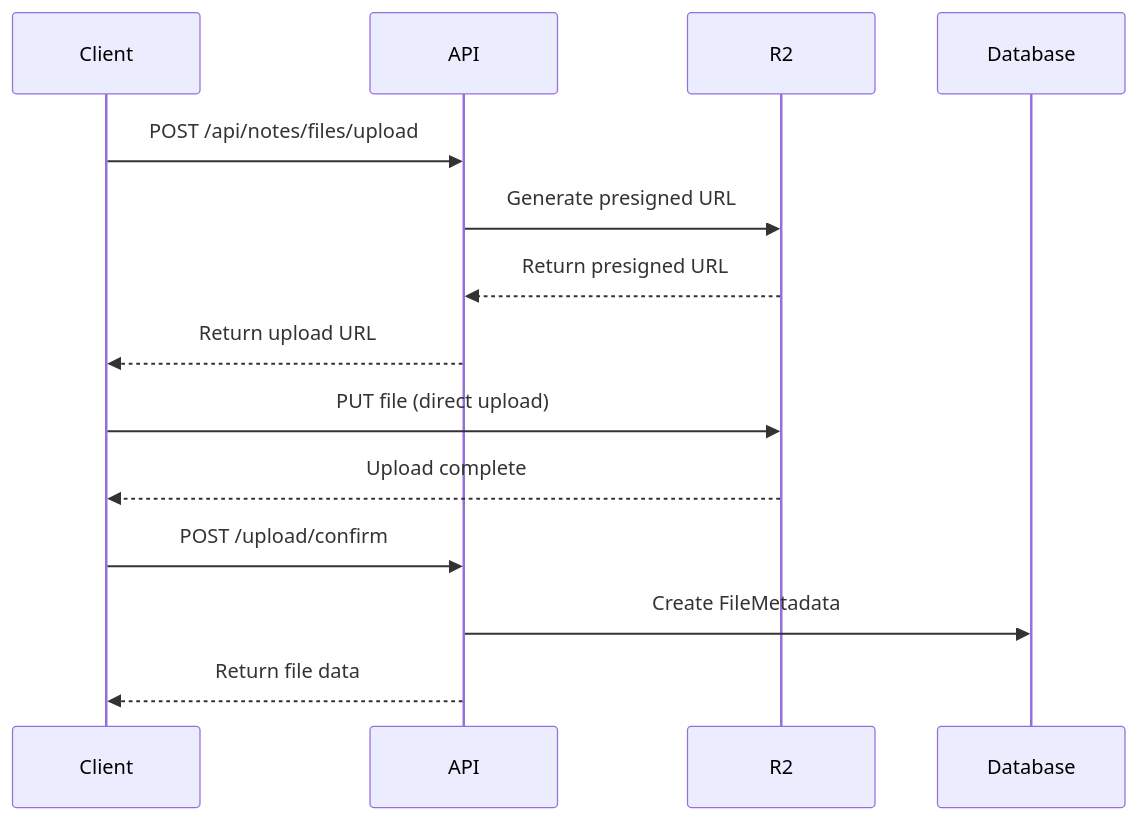
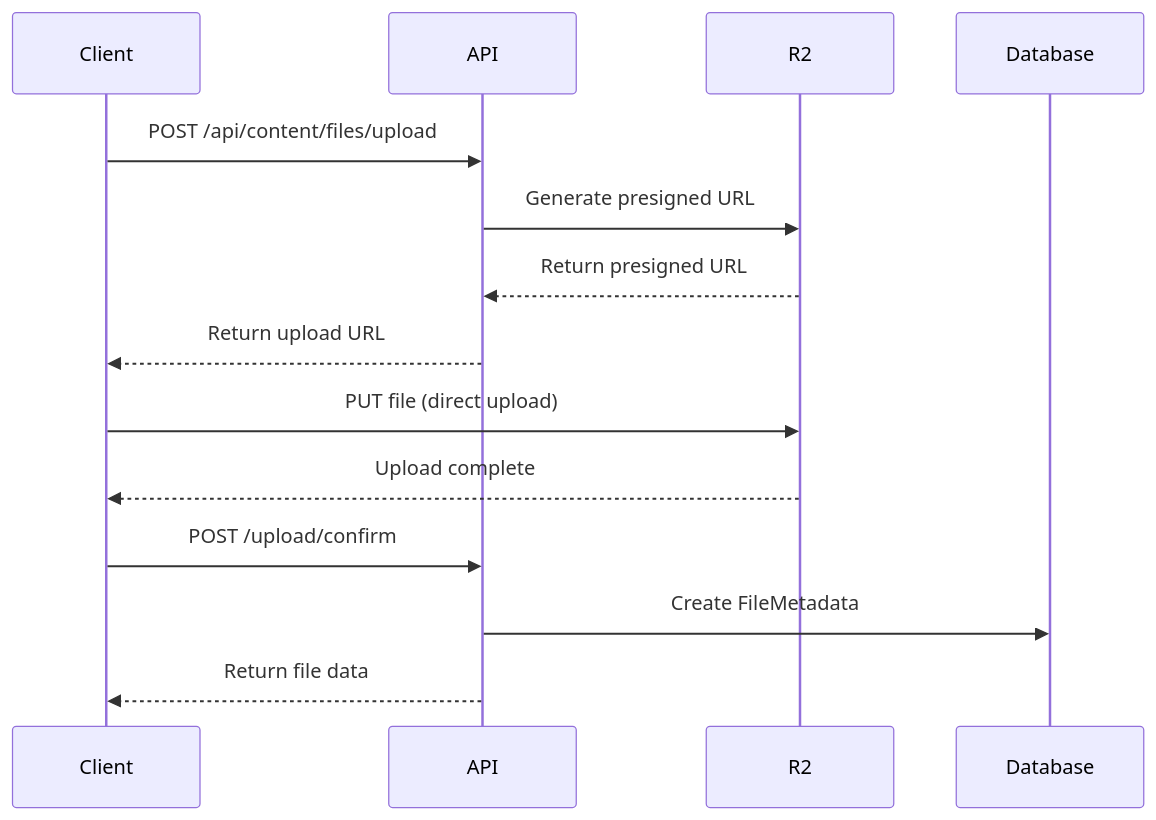
Before and after one commit to CenterValentine/Digital-Garden: the diagram in docs/notes-feature/07-file-storage.md, drawn with Mermaid. The commit also changed 73 other files, not shown here.

First line of the commit message:
docs: Update all documentation for monorepo removal and notes→content rename

````diff
--- a/docs/notes-feature/07-file-storage.md
+++ b/docs/notes-feature/07-file-storage.md
@@ -16,19 +16,19 @@
 ```mermaid
 sequenceDiagram
     participant Client
     participant API
     participant R2
     participant Database
     
-    Client->>API: POST /api/notes/files/upload
+    Client->>API: POST /api/content/files/upload
     API->>R2: Generate presigned URL
     R2-->>API: Return presigned URL
     API-->>Client: Return upload URL
     
     Client->>R2: PUT file (direct upload)
     R2-->>Client: Upload complete
     
     Client->>API: POST /upload/confirm
     API->>Database: Create FileMetadata
     API-->>Client: Return file data
 ```
````
